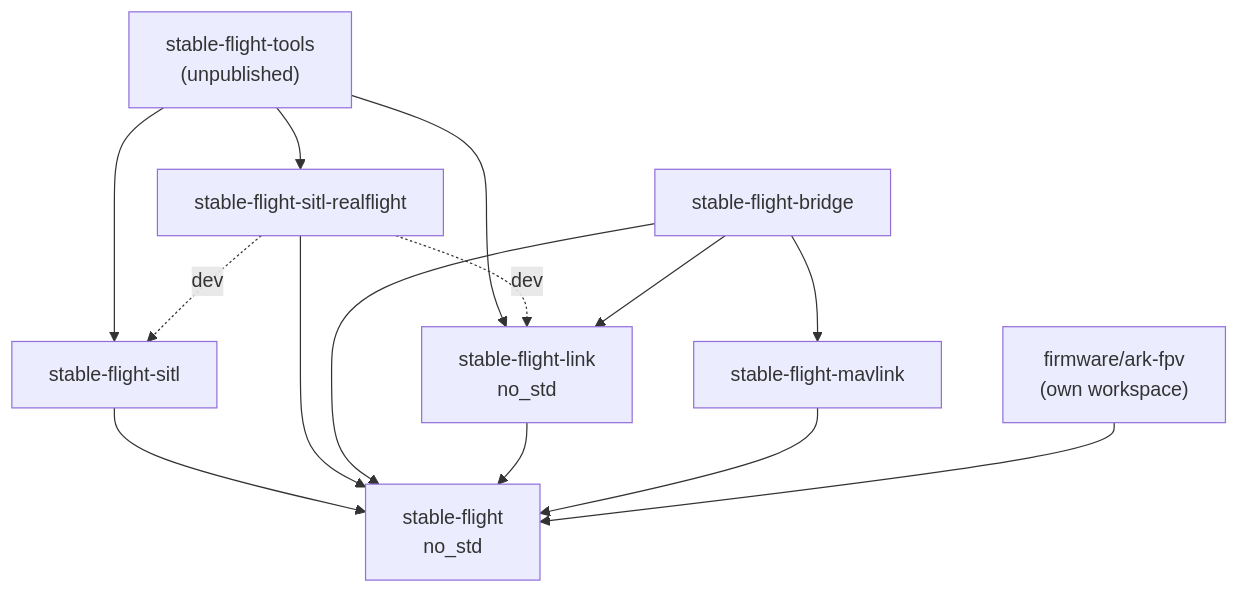
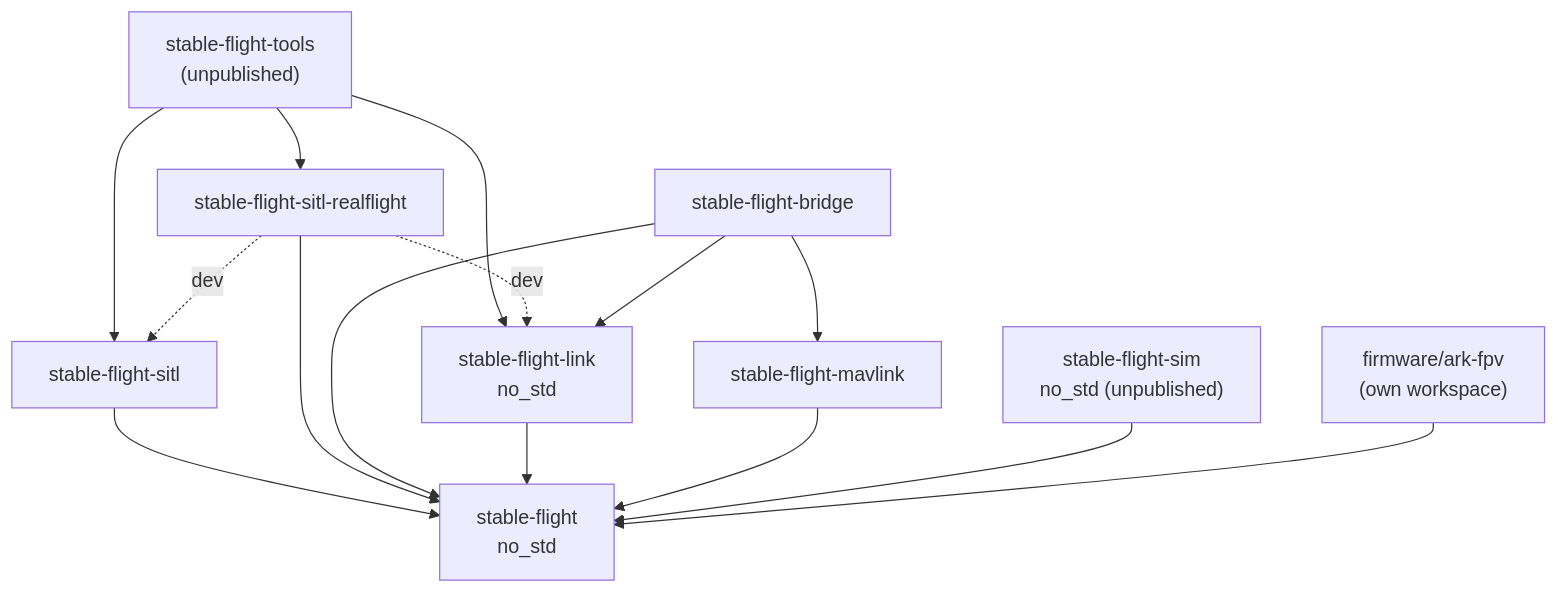
The first of 4 diagrams in architecture.md (wboayue/stable-flight), drawn with Mermaid before and after one commit. The commit also changed other lines of this file and 28 other files, not shown here.

First line of the commit message:
Add stable-flight-sim: deterministic quad simulator for closed-loop tests (#347)

````diff
--- a/architecture.md
+++ b/architecture.md
@@ -10,12 +10,13 @@
 ```mermaid
 flowchart TB
     tools["stable-flight-tools<br/>(unpublished)"] --> sitl & realflight & link
     sitl["stable-flight-sitl"] --> core
     realflight["stable-flight-sitl-realflight"] --> core
     realflight -. dev .-> sitl & link
     bridge["stable-flight-bridge"] --> link & mavlink & core
     link["stable-flight-link<br/>no_std"] --> core
     mavlink["stable-flight-mavlink"] --> core
+    sim["stable-flight-sim<br/>no_std (unpublished)"] --> core
     firmware["firmware/ark-fpv<br/>(own workspace)"] --> core
     core["stable-flight<br/>no_std"]
 ```
````
